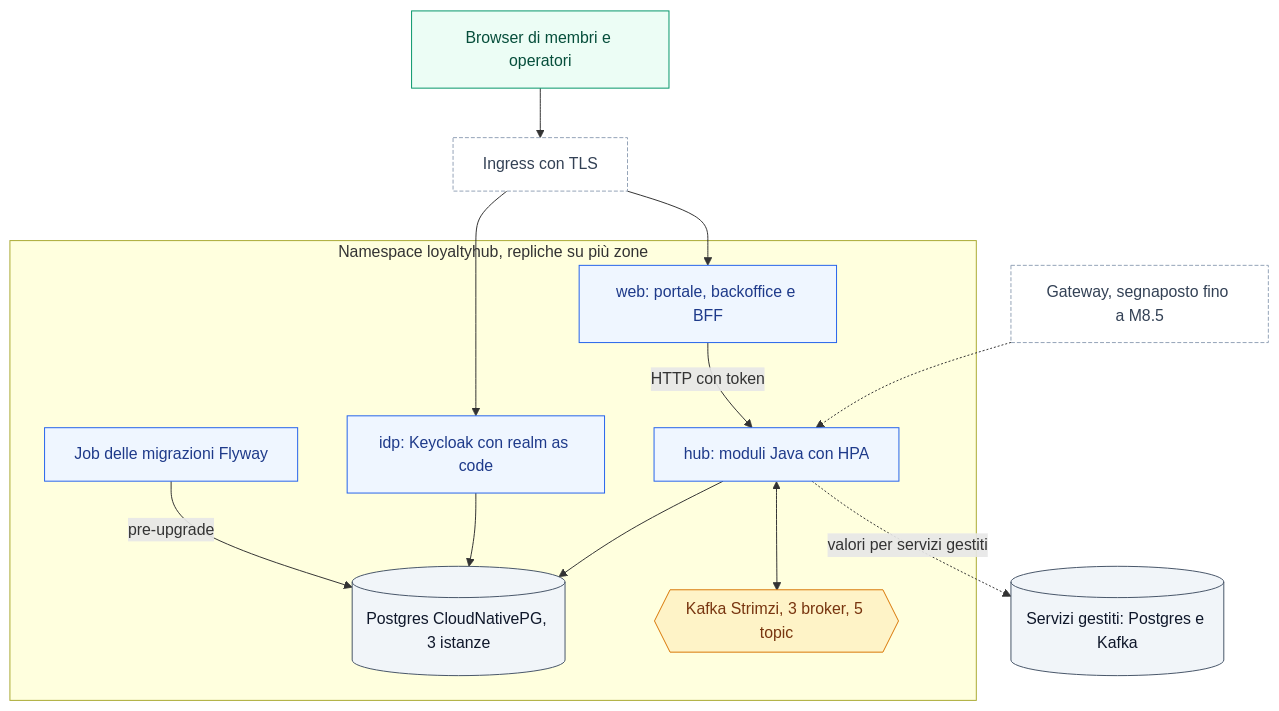
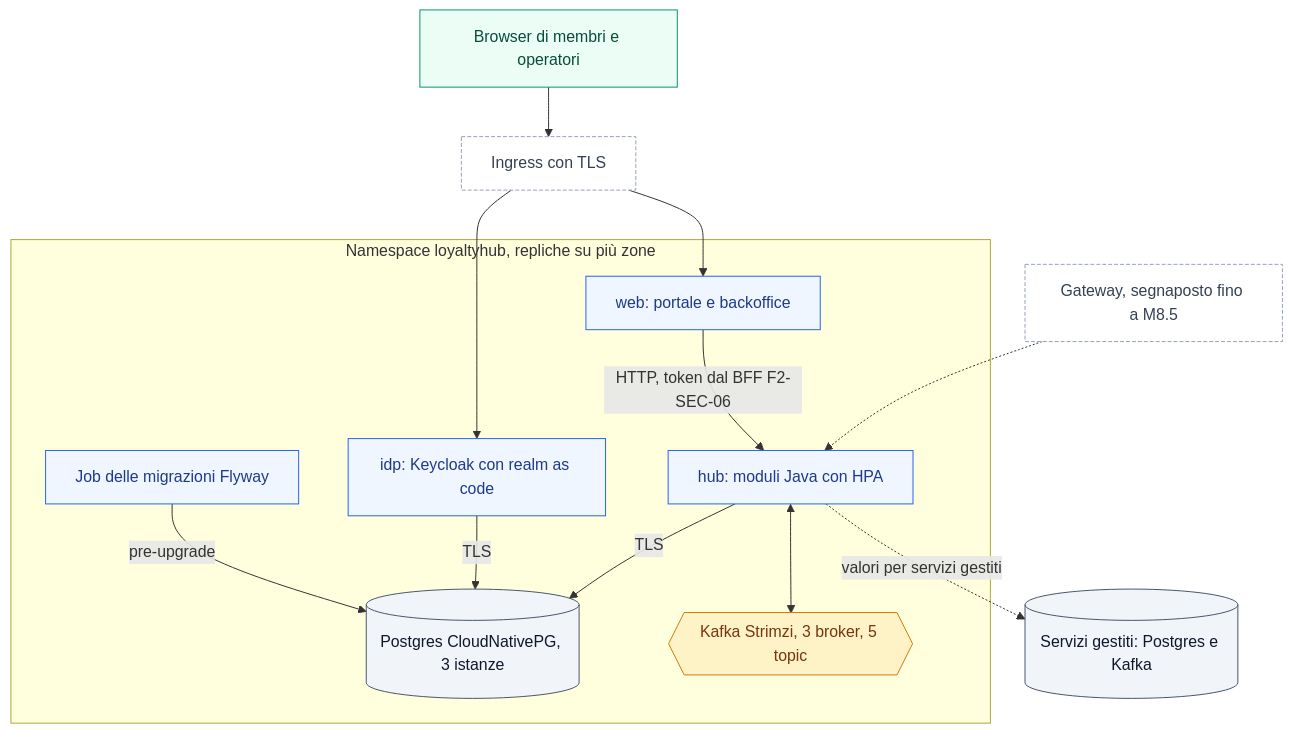
The diagram in deploy/README.md (peppe-ruv/Loyalty_Sys), drawn with Mermaid before and after one commit. The commit also changed other lines of this file and 28 other files, not shown here.

````diff
--- a/deploy/README.md
+++ b/deploy/README.md
@@ -44,37 +45,37 @@
 ```mermaid
 flowchart TB
   accTitle: Topologia del chart Helm in un cluster multi-zona
-  accDescr: L'Ingress porta il browser al ruolo web e al login del ruolo idp; web chiama hub dentro il cluster; hub usa Postgres di CloudNativePG e i 5 topic di Kafka gestiti da Strimzi; il Job di migrazione aggiorna gli schemi prima dei nuovi Pod; con i valori per servizi gestiti Postgres e Kafka stanno fuori dal cluster.
+  accDescr: L'Ingress porta il browser al ruolo web e al login del ruolo idp; web chiama hub dentro il cluster, con il token solo quando esisterà il BFF; hub usa Postgres di CloudNativePG e i 5 topic di Kafka gestiti da Strimzi; il Job di migrazione aggiorna gli schemi prima dei nuovi Pod; con i valori per servizi gestiti Postgres e Kafka stanno fuori dal cluster.
   USR[Browser di membri e operatori]
   ING[Ingress con TLS]
   GW[Gateway, segnaposto fino a M8.5]
   subgraph K8S["Namespace loyaltyhub, repliche su più zone"]
-    WEB[web: portale, backoffice e BFF]
+    WEB[web: portale e backoffice]
     HUB[hub: moduli Java con HPA]
     IDP[idp: Keycloak con realm as code]
     MIG[Job delle migrazioni Flyway]
     PG[(Postgres CloudNativePG, 3 istanze)]
     KF{{Kafka Strimzi, 3 broker, 5 topic}}
   end
   EXT[(Servizi gestiti: Postgres e Kafka)]
   USR --> ING
   ING --> WEB
   ING --> IDP
   GW -.-> HUB
-  WEB -->|HTTP con token| HUB
-  HUB --> PG
+  WEB -->|HTTP, token dal BFF F2-SEC-06| HUB
+  HUB -->|TLS| PG
   HUB <--> KF
-  IDP --> PG
+  IDP -->|TLS| PG
   MIG -->|pre-upgrade| PG
   HUB -.->|valori per servizi gestiti| EXT
   classDef svc fill:#EFF6FF,stroke:#2563EB,color:#1E3A8A
   classDef store fill:#F1F5F9,stroke:#475569,color:#0F172A
   classDef topic fill:#FEF3C7,stroke:#D97706,color:#78350F
   classDef ext fill:#FFFFFF,stroke:#94A3B8,stroke-dasharray:4 2,color:#334155
   classDef human fill:#ECFDF5,stroke:#059669,color:#064E3B
   class WEB,HUB,IDP,MIG svc
   class PG,EXT store
   class KF topic
   class ING,GW ext
   class USR human
 ```
````
